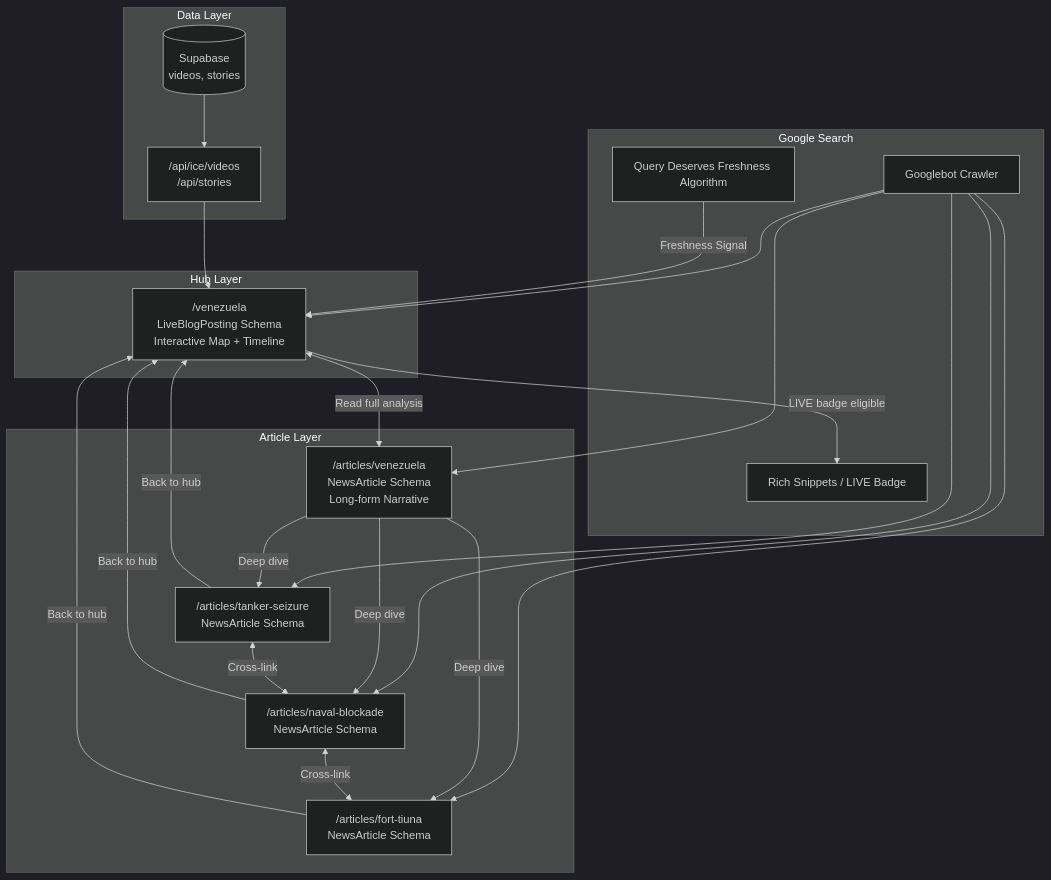
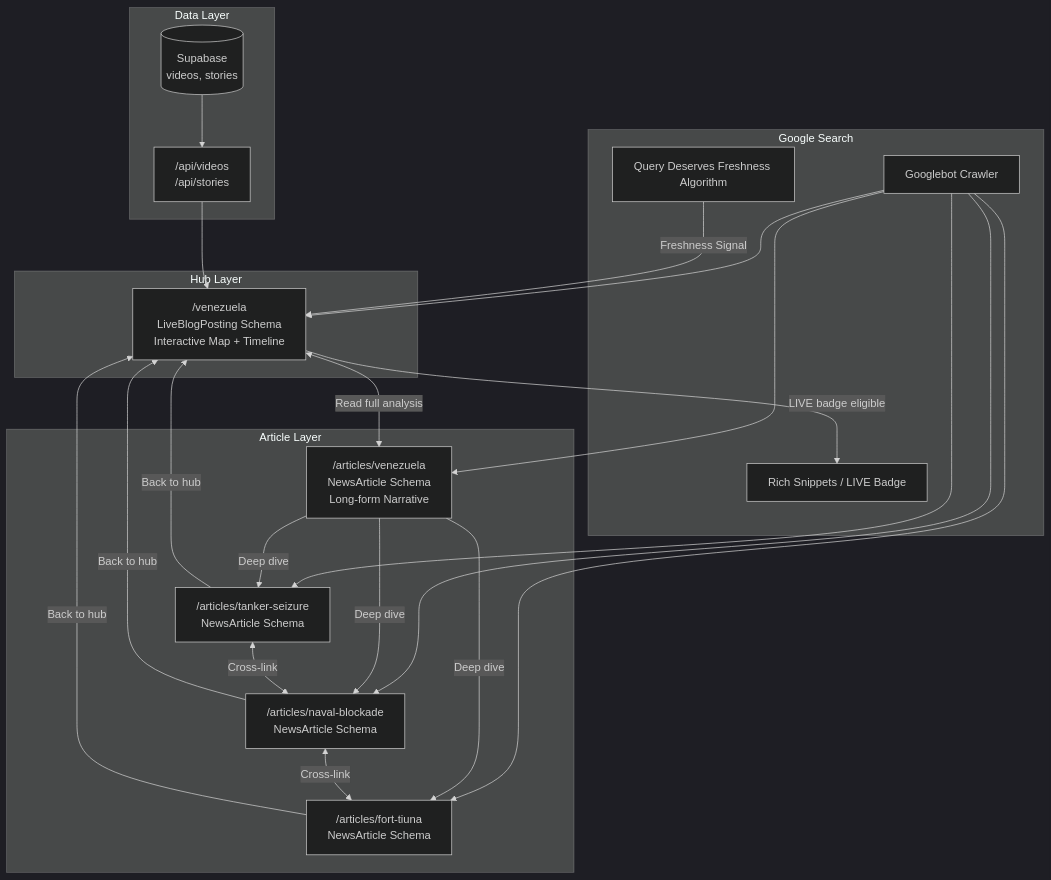
The first of 5 diagrams in docs/seo/SEO_STRATEGY.md (peripheralresearch/news-globe-web), drawn with Mermaid (dark theme) before and after one commit. The commit also changed 15 other files, not shown here.

First line of the commit message:
feat: add videos API, newspaper page, updated icons, and misc improvements

````diff
--- a/docs/seo/SEO_STRATEGY.md
+++ b/docs/seo/SEO_STRATEGY.md
@@ -18,48 +18,48 @@
 ```mermaid
 graph TB
     subgraph "Google Search"
         G[Googlebot Crawler]
         QDF[Query Deserves Freshness Algorithm]
         RS[Rich Snippets / LIVE Badge]
     end
 
     subgraph "Hub Layer"
         VH["/venezuela<br/>LiveBlogPosting Schema<br/>Interactive Map + Timeline"]
     end
 
     subgraph "Article Layer"
         VA["/articles/venezuela<br/>NewsArticle Schema<br/>Long-form Narrative"]
         A1["/articles/tanker-seizure<br/>NewsArticle Schema"]
         A2["/articles/naval-blockade<br/>NewsArticle Schema"]
         A3["/articles/fort-tiuna<br/>NewsArticle Schema"]
     end
 
     subgraph "Data Layer"
         DB[(Supabase<br/>videos, stories)]
-        API["/api/ice/videos<br/>/api/stories"]
+        API["/api/videos<br/>/api/stories"]
     end
 
     G --> VH
     G --> VA
     G --> A1
     G --> A2
     G --> A3
 
     QDF -->|Freshness Signal| VH
     VH -->|LIVE badge eligible| RS
 
     VH <-->|"Read full analysis"| VA
     VA -->|"Deep dive"| A1
     VA -->|"Deep dive"| A2
     VA -->|"Deep dive"| A3
 
     A1 -->|"Back to hub"| VH
     A2 -->|"Back to hub"| VH
     A3 -->|"Back to hub"| VH
 
     A1 <-->|Cross-link| A2
     A2 <-->|Cross-link| A3
 
     DB --> API
     API --> VH
 ```
````
